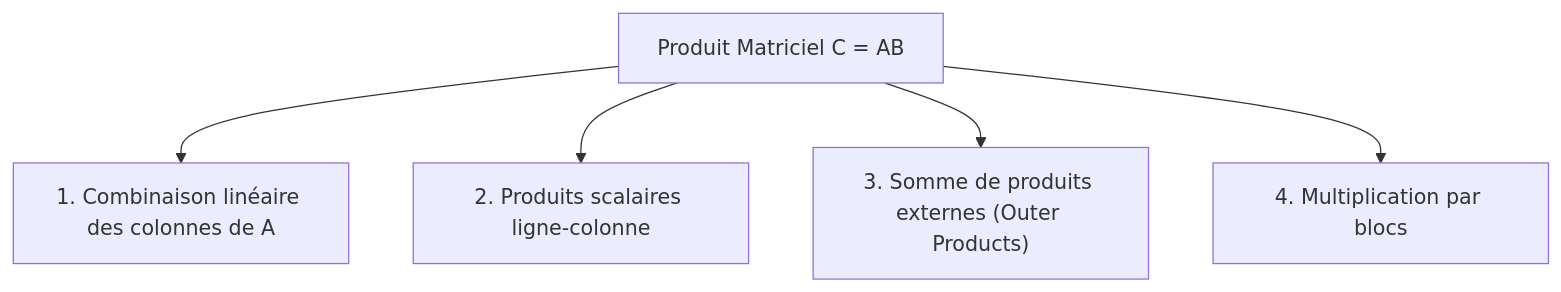
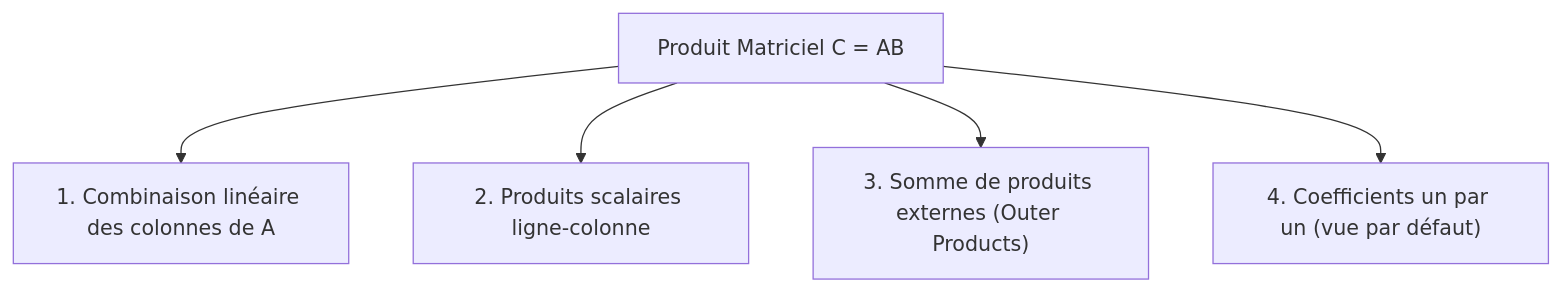
One commit to liouai-digital-education/linalg-pedagopy changed the diagram in docs/02_vectors_and_matrices.md. Above: the diagram before and after it, drawn with Mermaid. The commit also changed other lines of this file and 19 other files, not shown here.

````diff
--- a/docs/02_vectors_and_matrices.md
+++ b/docs/02_vectors_and_matrices.md
@@ -155,8 +174,8 @@
 ```mermaid
 flowchart TD
     AB["Produit Matriciel C = AB"]
     AB --> V1["1. Combinaison linéaire des colonnes de A"]
     AB --> V2["2. Produits scalaires ligne-colonne"]
     AB --> V3["3. Somme de produits externes (Outer Products)"]
-    AB --> V4["4. Multiplication par blocs"]
+    AB --> V4["4. Coefficients un par un (vue par défaut)"]
 ```
````
